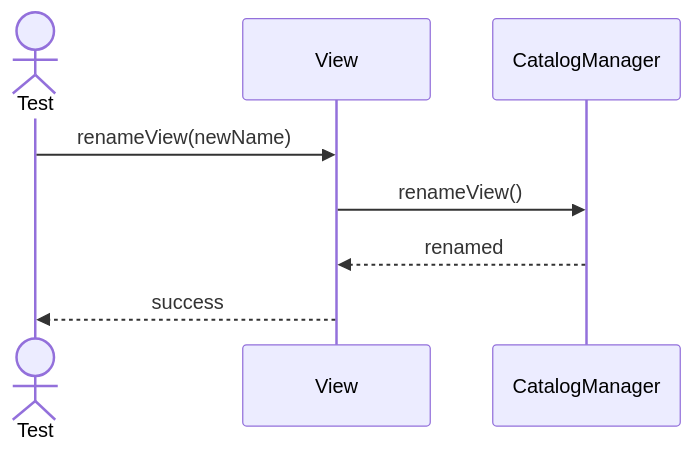
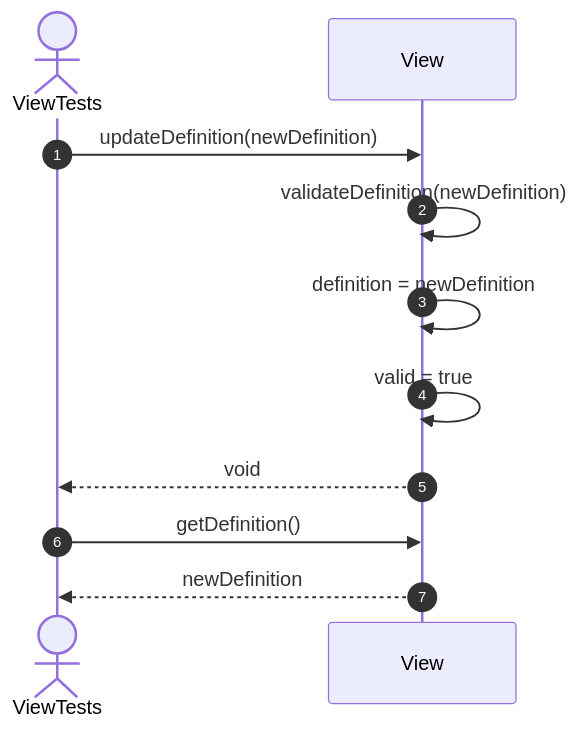
The sixth of 21 diagrams in src/tests/unit/metadata/sequences/view-testing.se.md (FhuAnn/-bbv-AN-s-DBMS), drawn with Mermaid before and after one commit. The commit also changed other lines of this file and 60 other files, not shown here.

````diff
--- a/src/tests/unit/metadata/sequences/view-testing.se.md
+++ b/src/tests/unit/metadata/sequences/view-testing.se.md
@@ -87,11 +95,15 @@
 ```mermaid
 sequenceDiagram
-actor Test
-participant View
-participant CatalogManager
+    autonumber
+    actor Test as ViewTests
+    participant View as View
 
-Test->>View: renameView(newName)
-View->>CatalogManager: renameView()
-CatalogManager-->>View: renamed
-View-->>Test: success
+    Test->>View: updateDefinition(newDefinition)
+    View->>View: validateDefinition(newDefinition)
+    View->>View: definition = newDefinition
+    View->>View: valid = true
+    View-->>Test: void
+
+    Test->>View: getDefinition()
+    View-->>Test: newDefinition
 ```
````
